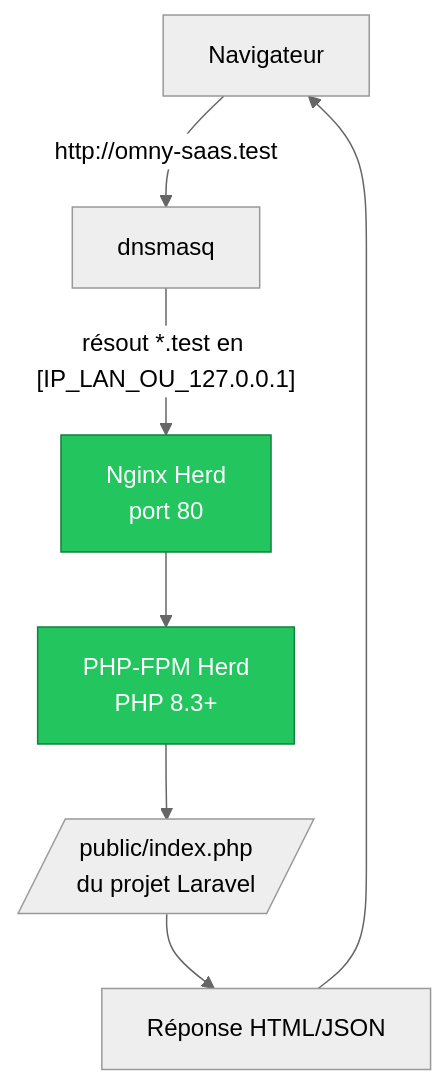
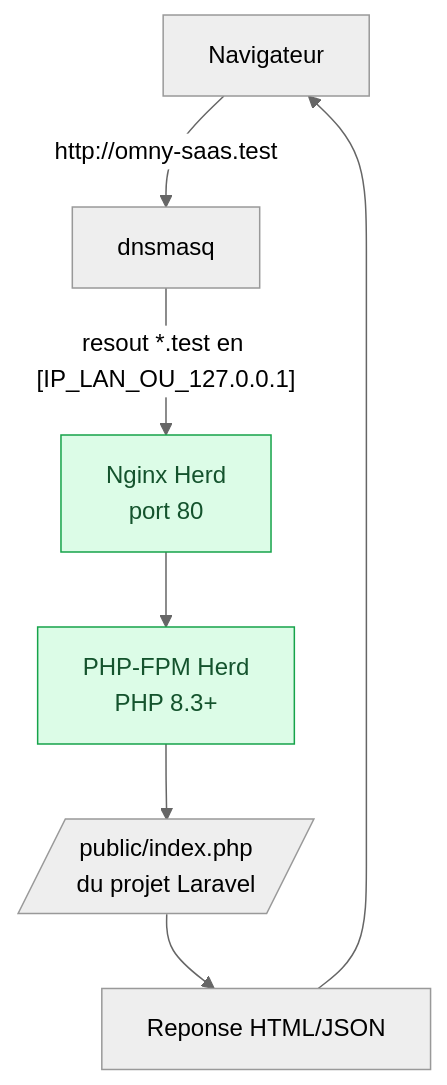
One commit to zyrass/omnydocs changed the second of 2 diagrams in docs/dev-cloud/frameworks/laravel/chapitre-00/06-installation-macos.md. Above: the diagram before and after it, drawn with Mermaid. The commit also changed other lines of this file and 14 other files, not shown here.

````diff
--- a/docs/dev-cloud/frameworks/laravel/chapitre-00/06-installation-macos.md
+++ b/docs/dev-cloud/frameworks/laravel/chapitre-00/06-installation-macos.md
@@ -176,16 +173,13 @@
 ```mermaid
----
-config:
-  theme: "neutral"
----
+%%{init: {'theme':'neutral'}}%%
 flowchart TB
     A[Navigateur] --> |http://omny-saas.test| B[dnsmasq]
-    B --> |"résout *.test en [IP_LAN_OU_127.0.0.1]"| C[Nginx Herd<br/>port 80]
+    B --> |"resout *.test en [IP_LAN_OU_127.0.0.1]"| C[Nginx Herd<br/>port 80]
     C --> D[PHP-FPM Herd<br/>PHP 8.3+]
     D --> E[/public/index.php<br/>du projet Laravel/]
-    E --> F[Réponse HTML/JSON]
+    E --> F[Reponse HTML/JSON]
     F --> A
-    
-    style C fill:#22c55e,stroke:#15803d,color:#fff
-    style D fill:#22c55e,stroke:#15803d,color:#fff
+
+    style C fill:#dcfce7,stroke:#16a34a,color:#14532d
+    style D fill:#dcfce7,stroke:#16a34a,color:#14532d
 ```
````
